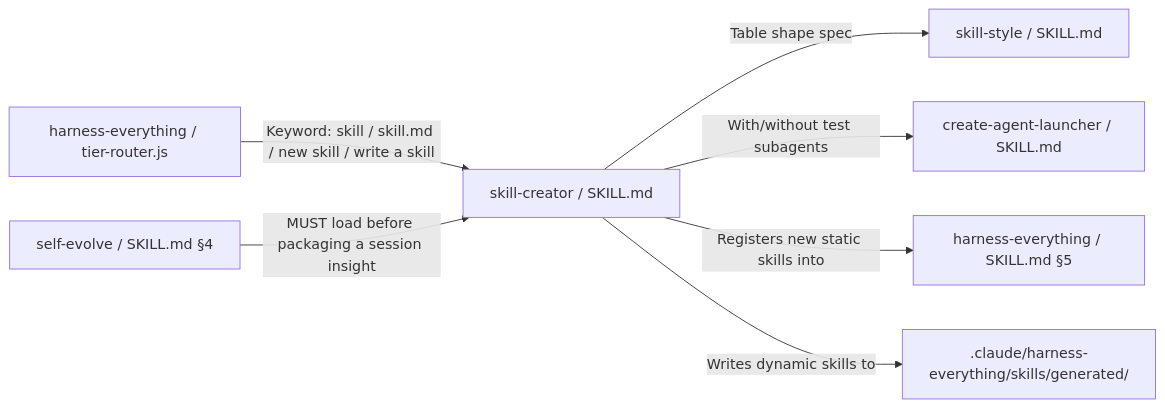
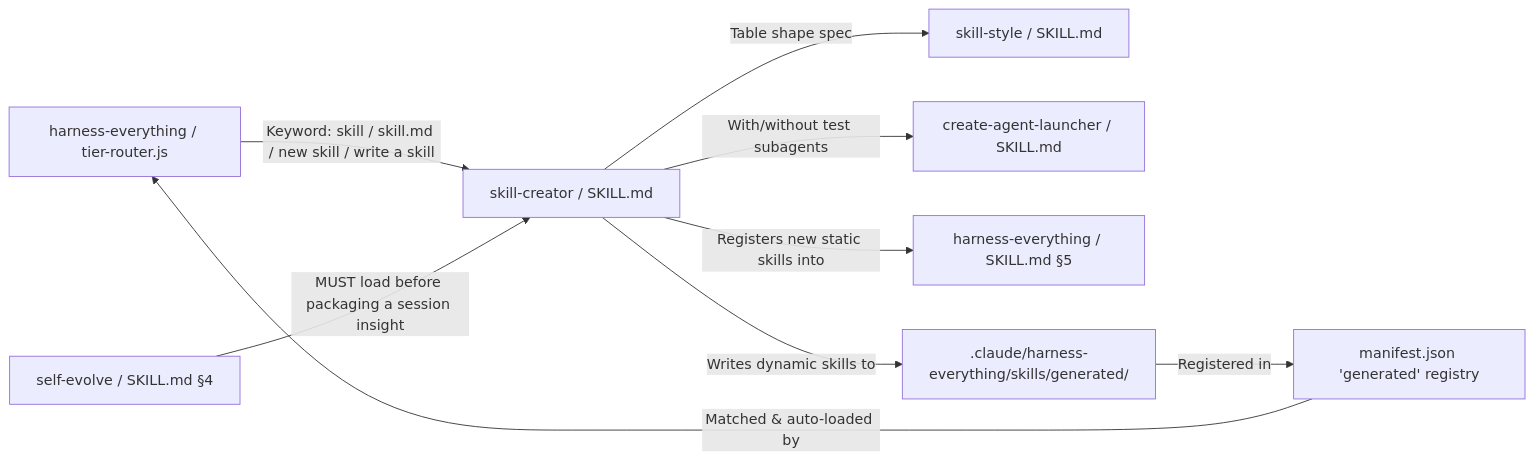
The second of 3 diagrams in docs/workflows/skill-creator.md (dyphn1/Harness-everything), drawn with Mermaid before and after one commit. The commit also changed other lines of this file and 1 other file, not shown here.

Commit message:
docs(workflows): update self-evolve and skill-creator workflows with manifest registration and auto-discovery paths

````diff
--- a/docs/workflows/skill-creator.md
+++ b/docs/workflows/skill-creator.md
@@ -32,9 +32,11 @@
 ```mermaid
 graph LR
   Router["harness-everything / tier-router.js"] -->|Keyword: skill / skill.md / new skill / write a skill| Creator["skill-creator / SKILL.md"]
   Creator -->|Table shape spec| SkillStyle["skill-style / SKILL.md"]
   Creator -->|With/without test subagents| Launcher["create-agent-launcher / SKILL.md"]
   Creator -->|Registers new static skills into| Registry["harness-everything / SKILL.md §5"]
   Evolve["self-evolve / SKILL.md §4"] -->|MUST load before packaging a session insight| Creator
   Creator -->|Writes dynamic skills to| Generated[".claude/harness-everything/skills/generated/"]
+  Generated -->|Registered in| Manifest["manifest.json 'generated' registry"]
+  Manifest -->|Matched & auto-loaded by| Router
 ```
````
